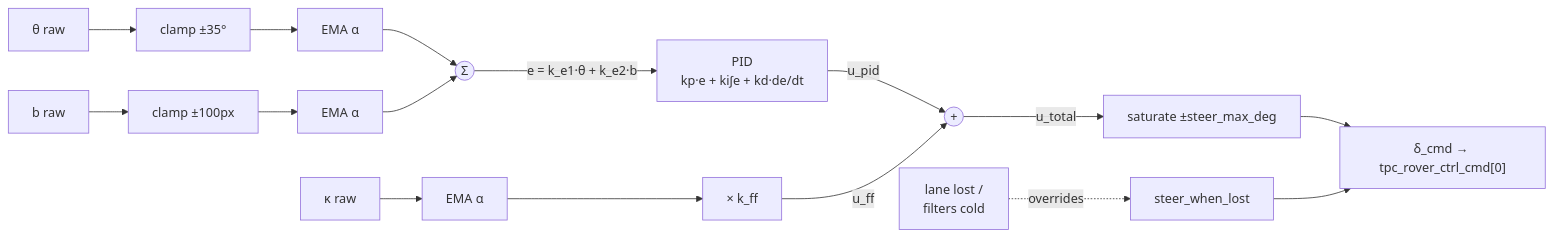
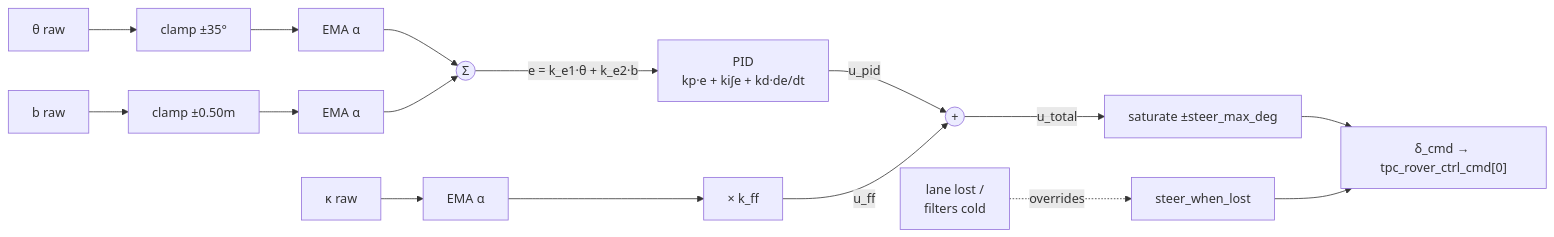
The second of 3 diagrams in docs/CONTROL_LAW.md (RoboticsGG/almondmatcha), drawn with Mermaid before and after one commit. The commit also changed other lines of this file and 16 other files, not shown here.

````diff
--- a/docs/CONTROL_LAW.md
+++ b/docs/CONTROL_LAW.md
@@ -137,14 +137,14 @@
 ```mermaid
 flowchart LR
     theta["θ raw"] --> clampT["clamp ±35°"] --> emaT["EMA α"] --> sumErr(("Σ"))
-    b["b raw"] --> clampB["clamp ±100px"] --> emaB["EMA α"] --> sumErr
+    b["b raw"] --> clampB["clamp ±0.50m"] --> emaB["EMA α"] --> sumErr
     kappa["κ raw"] --> emaK["EMA α"] --> ff["× k_ff"]
 
     sumErr -- "e = k_e1·θ + k_e2·b" --> pid["PID\nkp·e + ki∫e + kd·de/dt"]
     pid -- u_pid --> sumU(("+"))
     ff -- u_ff --> sumU
     sumU -- u_total --> sat["saturate ±steer_max_deg"]
     lost["lane lost /\nfilters cold"] -. overrides .-> steerWhenLost["steer_when_lost"]
     sat --> out["δ_cmd → tpc_rover_ctrl_cmd[0]"]
     steerWhenLost --> out
 ```
````
